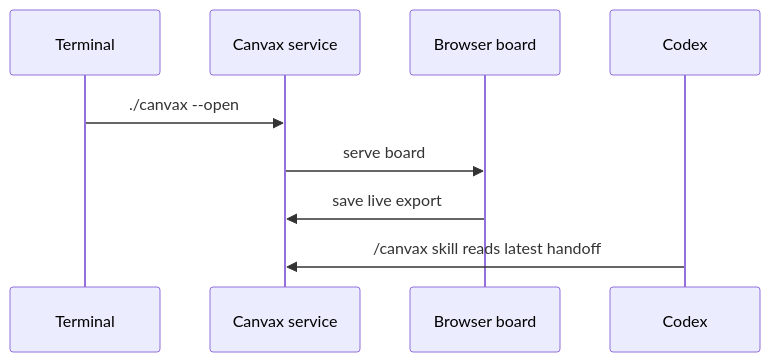
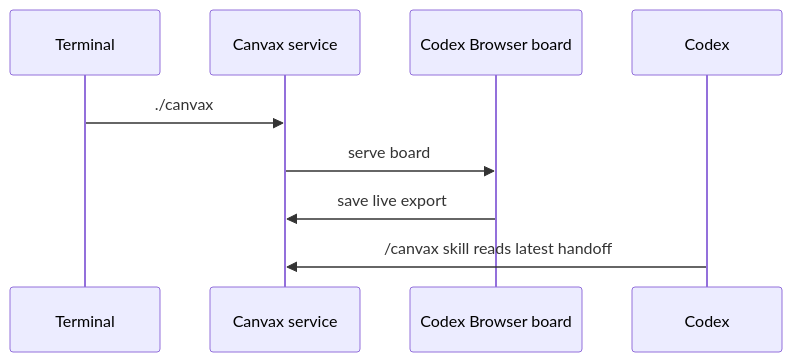
Before and after one commit to varshneydevansh/Canvax: the third of 3 diagrams in docs/INSTALL.md, drawn with Mermaid. The commit also changed other lines of this file and 24 other files, not shown here.

````diff
--- a/docs/INSTALL.md
+++ b/docs/INSTALL.md
@@ -149,11 +184,11 @@
 ```mermaid
 sequenceDiagram
     participant T as Terminal
     participant S as Canvax service
-    participant B as Browser board
+    participant B as Codex Browser board
     participant C as Codex
-    T->>S: ./canvax --open
+    T->>S: ./canvax
     S->>B: serve board
     B->>S: save live export
     C->>S: /canvax skill reads latest handoff
 ```
````
